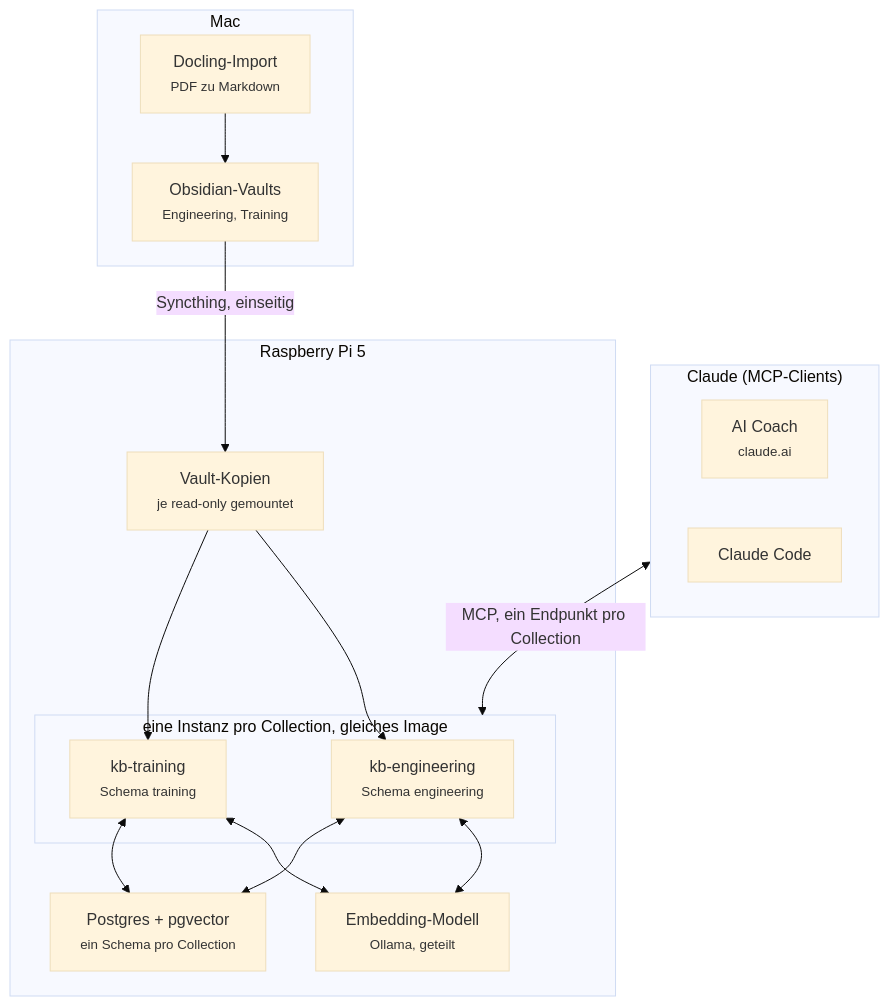
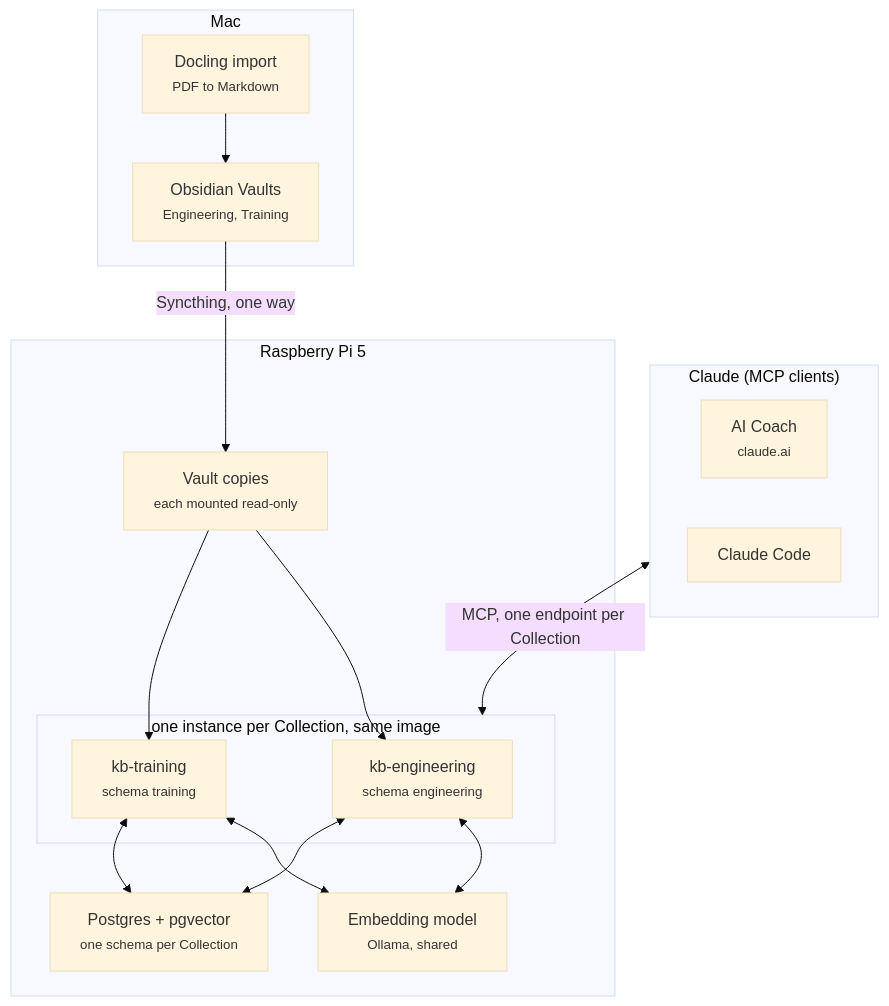
Before and after one commit to Luca-Blum/obsidian-knowledge-mcp: the first of 3 diagrams in docs/architecture.md, drawn with Mermaid (base theme). The commit also changed other lines of this file and 1 other file, not shown here.

First line of the commit message:
Translate the architecture overview to English

````diff
--- a/docs/architecture.md
+++ b/docs/architecture.md
@@ -18,29 +18,29 @@
 ```mermaid
 flowchart TB
     subgraph Mac
-        docling["Docling-Import<br/><small>PDF zu Markdown</small>"]
-        vaults["Obsidian-Vaults<br/><small>Engineering, Training</small>"]
+        docling["Docling import<br/><small>PDF to Markdown</small>"]
+        vaults["Obsidian Vaults<br/><small>Engineering, Training</small>"]
         docling --> vaults
     end
-    subgraph Clients["Claude (MCP-Clients)"]
+    subgraph Clients["Claude (MCP clients)"]
         coach["AI Coach<br/><small>claude.ai</small>"]
         code["Claude Code"]
     end
     subgraph Pi["Raspberry Pi 5"]
-        copies["Vault-Kopien<br/><small>je read-only gemountet</small>"]
-        subgraph Instances["eine Instanz pro Collection, gleiches Image"]
-            eng["kb-engineering<br/><small>Schema engineering</small>"]
-            train["kb-training<br/><small>Schema training</small>"]
+        copies["Vault copies<br/><small>each mounted read-only</small>"]
+        subgraph Instances["one instance per Collection, same image"]
+            eng["kb-engineering<br/><small>schema engineering</small>"]
+            train["kb-training<br/><small>schema training</small>"]
         end
-        ollama["Embedding-Modell<br/><small>Ollama, geteilt</small>"]
-        pg["Postgres + pgvector<br/><small>ein Schema pro Collection</small>"]
+        ollama["Embedding model<br/><small>Ollama, shared</small>"]
+        pg["Postgres + pgvector<br/><small>one schema per Collection</small>"]
         copies --> eng
         copies --> train
         eng <--> ollama
         train <--> ollama
         eng <--> pg
         train <--> pg
     end
-    vaults -- "Syncthing, einseitig" --> copies
-    Clients <-- "MCP, ein Endpunkt pro Collection" --> Instances
+    vaults -- "Syncthing, one way" --> copies
+    Clients <-- "MCP, one endpoint per Collection" --> Instances
 ```
````
